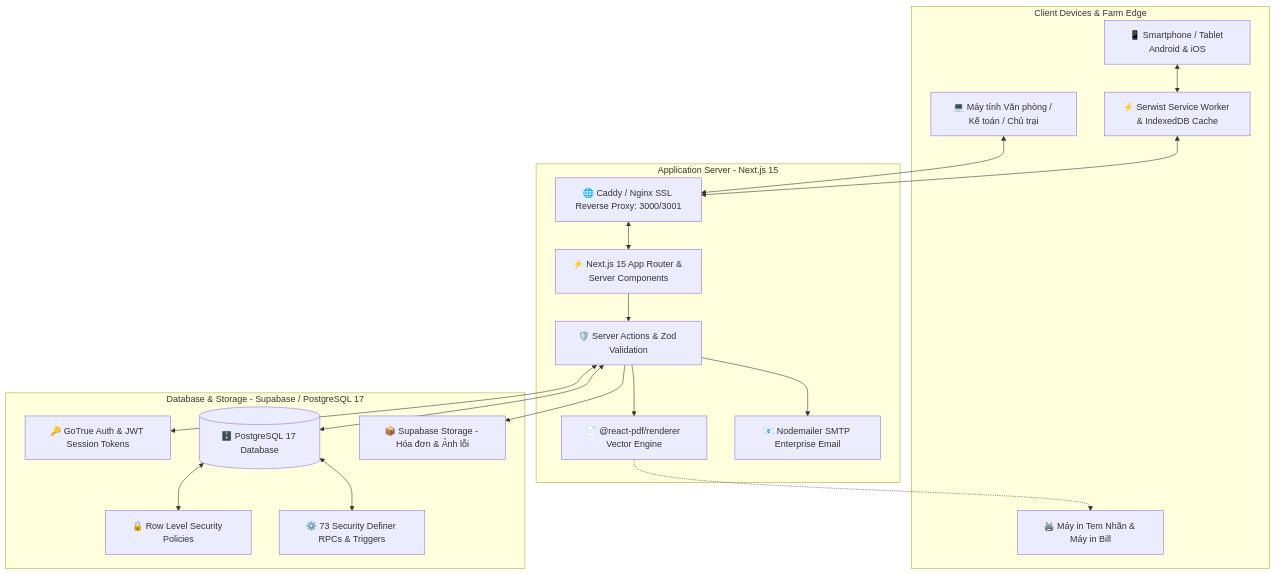
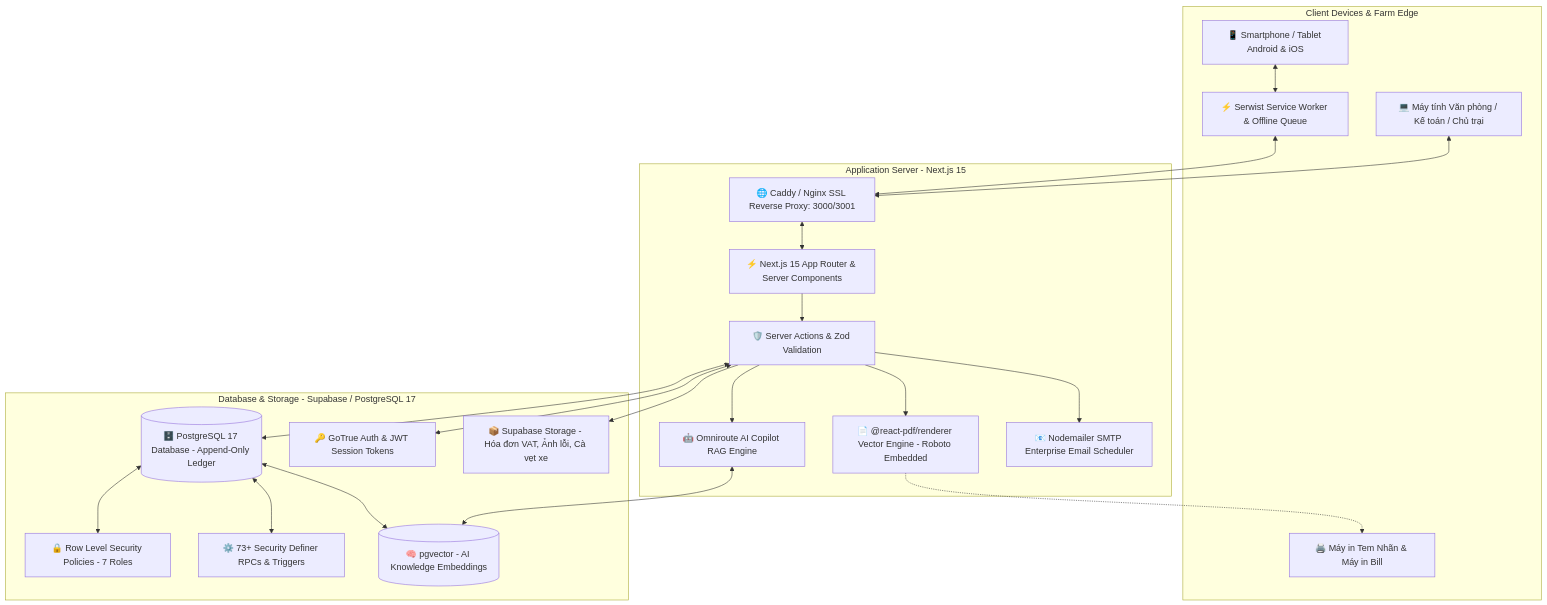
Before and after one commit to theiheu/minh-tan-phat-supply: the first of 2 diagrams in docs/architecture/system-overview.md, drawn with Mermaid. The commit also changed other lines of this file and 244 other files, not shown here.

````diff
--- a/docs/architecture/system-overview.md
+++ b/docs/architecture/system-overview.md
@@ -13,39 +13,44 @@
 ```mermaid
 flowchart TD
     subgraph ClientLayer [Client Devices & Farm Edge]
         Mobile[📱 Smartphone / Tablet Android & iOS]
         Desktop[💻 Máy tính Văn phòng / Kế toán / Chủ trại]
         ThermalPrinter[🖨️ Máy in Tem Nhãn & Máy in Bill]
-        SW[⚡ Serwist Service Worker & IndexedDB Cache]
+        SW[⚡ Serwist Service Worker & Offline Queue]
     end
 
     subgraph WebServer [Application Server - Next.js 15]
         ReverseProxy[🌐 Caddy / Nginx SSL Reverse Proxy: 3000/3001]
         AppRouter[⚡ Next.js 15 App Router & Server Components]
         ServerActions[🛡️ Server Actions & Zod Validation]
-        PDFEngine[📄 @react-pdf/renderer Vector Engine]
-        MailService[📧 Nodemailer SMTP Enterprise Email]
+        PDFEngine[📄 @react-pdf/renderer Vector Engine - Roboto Embedded]
+        AICopilot[🤖 Omniroute AI Copilot RAG Engine]
+        MailService[📧 Nodemailer SMTP Enterprise Email Scheduler]
     end
 
     subgraph DataLayer [Database & Storage - Supabase / PostgreSQL 17]
-        Postgres[(🗄️ PostgreSQL 17 Database)]
-        RLS[🔒 Row Level Security Policies]
-        RPCs[⚙️ 73 Security Definer RPCs & Triggers]
+        Postgres[(🗄️ PostgreSQL 17 Database - Append-Only Ledger)]
+        RLS[🔒 Row Level Security Policies - 7 Roles]
+        RPCs[⚙️ 73+ Security Definer RPCs & Triggers]
         GoTrue[🔑 GoTrue Auth & JWT Session Tokens]
-        Storage[📦 Supabase Storage - Hóa đơn & Ảnh lỗi]
+        Storage[📦 Supabase Storage - Hóa đơn VAT, Ảnh lỗi, Cà vẹt xe]
+        Vectors[(🧠 pgvector - AI Knowledge Embeddings)]
     end
 
     Mobile <--> SW
     SW <--> ReverseProxy
     Desktop <--> ReverseProxy
     ReverseProxy <--> AppRouter
     AppRouter --> ServerActions
     ServerActions <--> GoTrue
     ServerActions <--> Postgres
     Postgres <--> RLS
     Postgres <--> RPCs
+    Postgres <--> Vectors
     ServerActions --> Storage
     ServerActions --> PDFEngine
     ServerActions --> MailService
+    ServerActions --> AICopilot
+    AICopilot <--> Vectors
     PDFEngine -.-> ThermalPrinter
 ```
````
